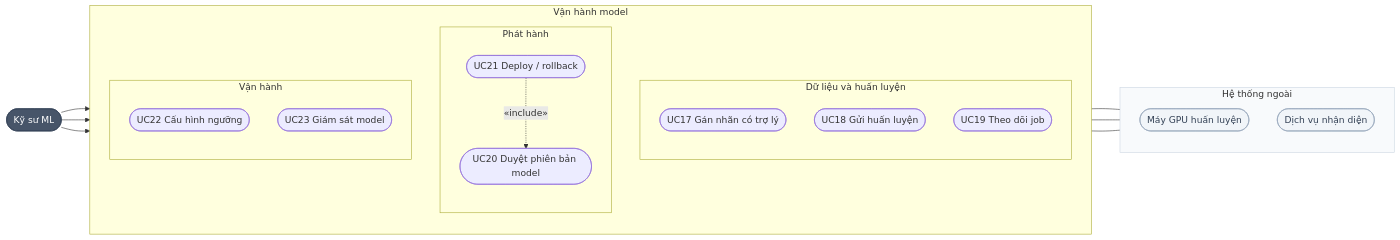
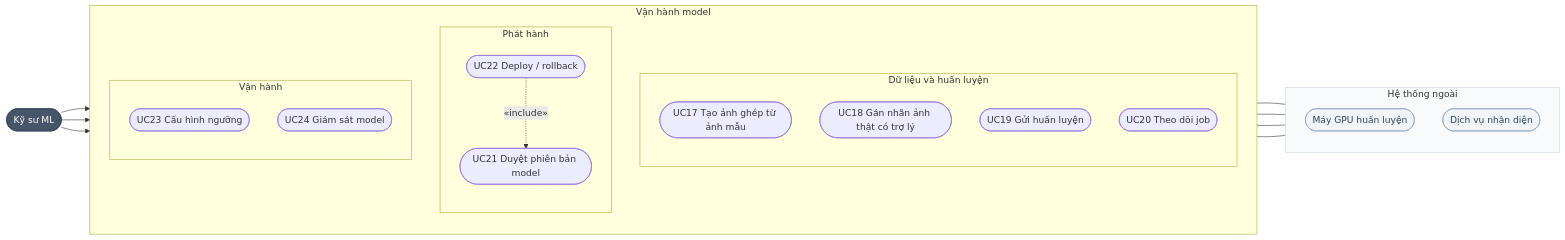
The fourth of 5 diagrams in docs/02-use-case-user-stories.md (AnNguyen05092004/hybrid-checkout), drawn with Mermaid before and after one commit. The commit also changed other lines of this file and 47 other files, not shown here.

Commit message:
fix: sửa lại phần trợ lý gán nhãn

````diff
--- a/docs/02-use-case-user-stories.md
+++ b/docs/02-use-case-user-stories.md
@@ -135,40 +135,41 @@
 ```mermaid
 flowchart LR
     ml(["Kỹ sư ML"])
     subgraph model["Vận hành model"]
         direction TB
         subgraph data["Dữ liệu và huấn luyện"]
             direction TB
-            uc17(["UC17 Gán nhãn có trợ lý"])
-            uc18(["UC18 Gửi huấn luyện"])
-            uc19(["UC19 Theo dõi job"])
+            uc17(["UC17 Tạo ảnh ghép từ ảnh mẫu"])
+            uc18(["UC18 Gán nhãn ảnh thật có trợ lý"])
+            uc19(["UC19 Gửi huấn luyện"])
+            uc20(["UC20 Theo dõi job"])
         end
         subgraph rel["Phát hành"]
             direction TB
-            uc20(["UC20 Duyệt phiên bản model"])
-            uc21(["UC21 Deploy / rollback"])
+            uc21(["UC21 Duyệt phiên bản model"])
+            uc22(["UC22 Deploy / rollback"])
         end
         subgraph ops["Vận hành"]
             direction TB
-            uc22(["UC22 Cấu hình ngưỡng"])
-            uc23(["UC23 Giám sát model"])
+            uc23(["UC23 Cấu hình ngưỡng"])
+            uc24(["UC24 Giám sát model"])
         end
     end
     subgraph ext["Hệ thống ngoài"]
         direction TB
         gpu(["Máy GPU huấn luyện"])
         vision(["Dịch vụ nhận diện"])
     end
 
     ml --> data & rel & ops
-    uc18 --- gpu
-    uc17 --- vision
-    uc21 --- vision
-    uc21 -. "«include»" .-> uc20
+    uc17 & uc18 --- vision
+    uc19 --- gpu
+    uc22 --- vision
+    uc22 -. "«include»" .-> uc21
 
     classDef actor fill:#475569,color:#fff,stroke:#334155
     classDef device fill:#f1f5f9,stroke:#94a3b8,color:#334155
     class ml actor
     class vision,gpu device
     style ext fill:#f8fafc,stroke:#cbd5e1
 ```
````
